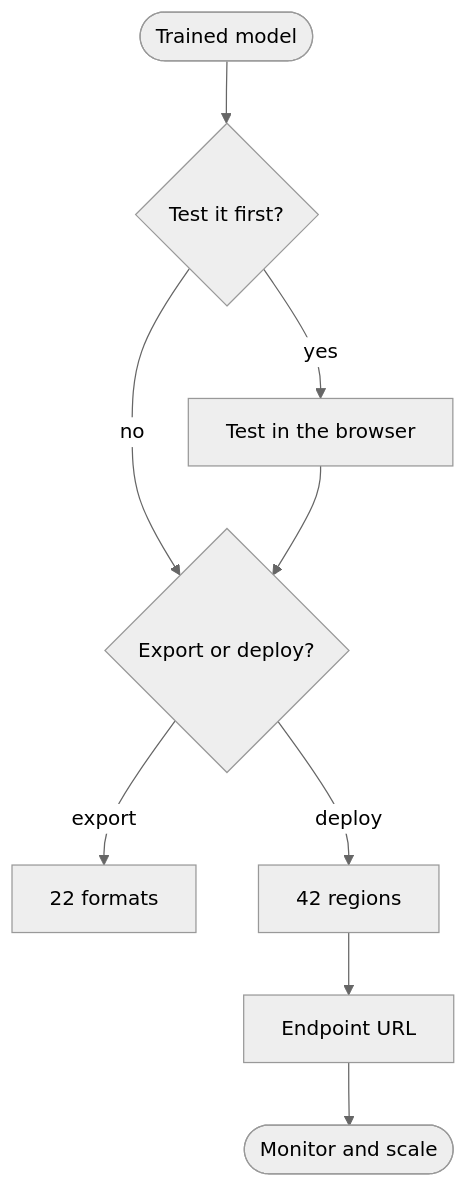
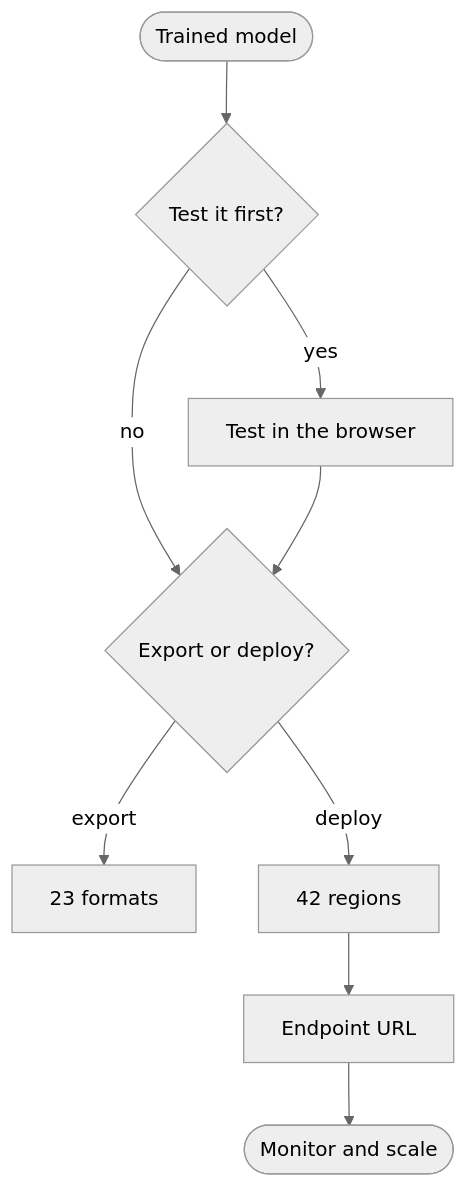
The third of 3 diagrams in docs/en/platform/index.md (ultralytics/ultralytics), drawn with Mermaid (neutral theme) before and after one commit. The commit also changed other lines of this file and 21 other files, not shown here.

````diff
--- a/docs/en/platform/index.md
+++ b/docs/en/platform/index.md
@@ -155,11 +155,11 @@
 ```mermaid
 flowchart TD
     A([Trained model]) --> B{Test it first?}
     B -->|yes| C[Test in the browser]
     B -->|no| D{Export or deploy?}
     C --> D
-    D -->|export| E[22 formats]
+    D -->|export| E[23 formats]
     D -->|deploy| F[42 regions]
     F --> G[Endpoint URL]
     G --> H([Monitor and scale])
 ```
````
